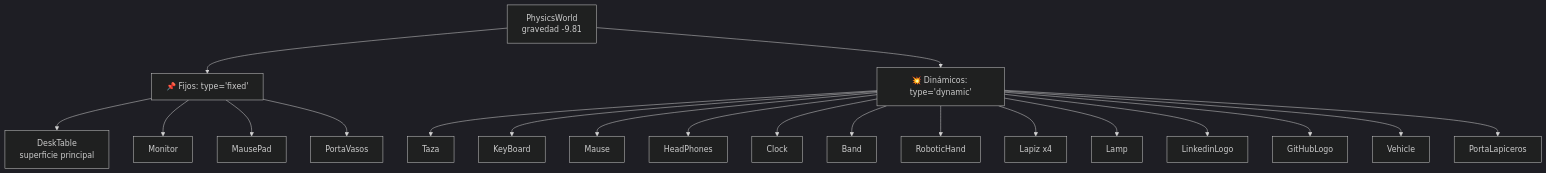
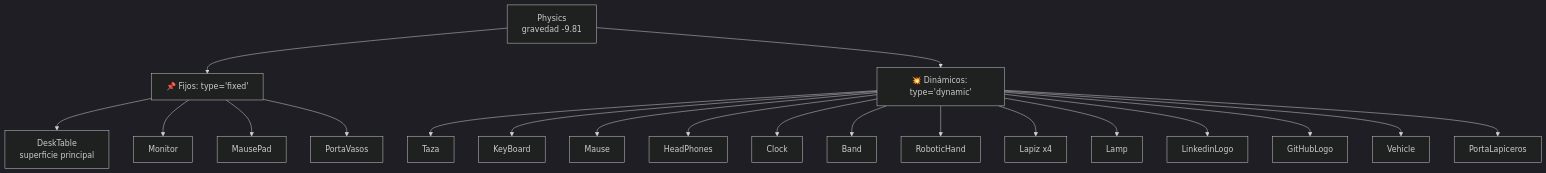
Before and after one commit to Palcojulian/portafolio: the first of 2 diagrams in docs/04-escena-3d/sistema-de-fisicas.md, drawn with Mermaid (dark theme). The commit also changed other lines of this file, not shown here.

Commit message:
fix: update documentation to correct component naming from PhysicsWorld to Physics

````diff
--- a/docs/04-escena-3d/sistema-de-fisicas.md
+++ b/docs/04-escena-3d/sistema-de-fisicas.md
@@ -15,25 +15,25 @@
 ```mermaid
 graph TB
-    Physics[PhysicsWorld<br/>gravedad -9.81]
+    Physics[Physics<br/>gravedad -9.81]
     Physics --> Fixed[📌 Fijos: type='fixed']
     Physics --> Dynamic[💥 Dinámicos: type='dynamic']
 
     Fixed --> DeskTable[DeskTable<br/>superficie principal]
     Fixed --> Monitor
     Fixed --> MausePad
     Fixed --> PortaVasos
 
     Dynamic --> Taza
     Dynamic --> KeyBoard
     Dynamic --> Mause
     Dynamic --> HeadPhones
     Dynamic --> Clock
     Dynamic --> Band
     Dynamic --> RoboticHand
     Dynamic --> Lapiz1[Lapiz x4]
     Dynamic --> Lamp
     Dynamic --> LinkedinLogo
     Dynamic --> GitHubLogo
     Dynamic --> Vehicle
     Dynamic --> PortaLapiceros
 ```
````
